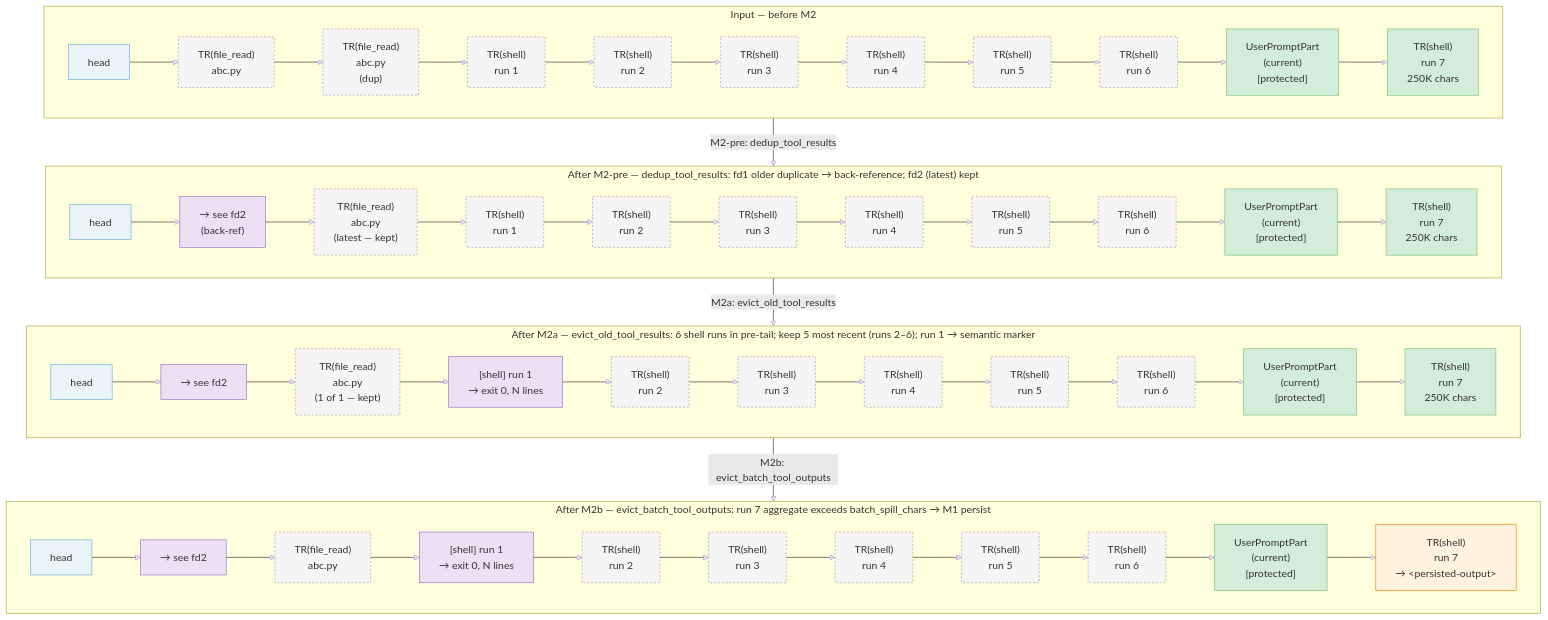
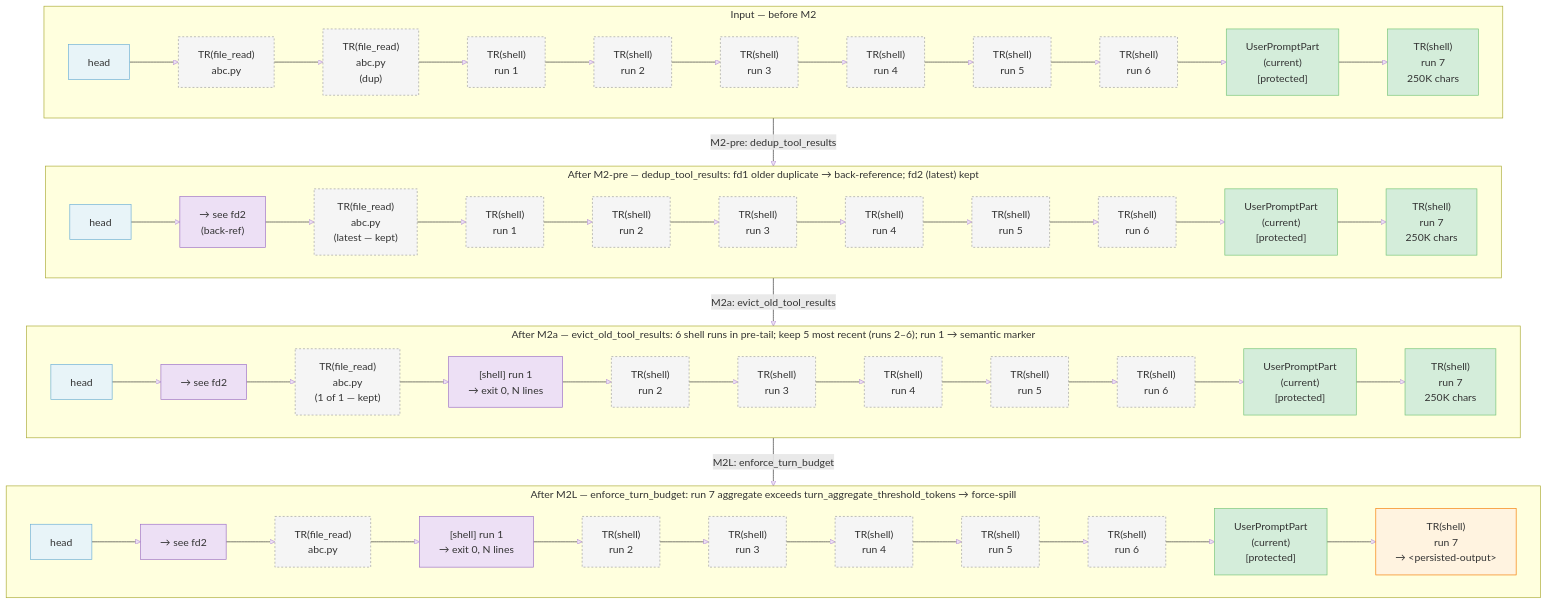
The fifth of 6 diagrams in docs/specs/compaction.md (binlecode/co-cli), drawn with Mermaid before and after one commit. The commit also changed other lines of this file and 30 other files, not shown here.

First line of the commit message:
feat(tool-budget): L0 cap + L2 aggregate spill + L1 refit + OTEL, v0.8.126

````diff
--- a/docs/specs/compaction.md
+++ b/docs/specs/compaction.md
@@ -246,42 +246,42 @@
 ```mermaid
 flowchart TD
     subgraph Raw["Input — before M2"]
         direction LR
         r_h["head"]:::head --> r_fd1["TR(file_read)\nabc.py"]:::prior --> r_fd2["TR(file_read)\nabc.py\n(dup)"]:::prior --> r_s1["TR(shell)\nrun 1"]:::prior --> r_s2["TR(shell)\nrun 2"]:::prior --> r_s3["TR(shell)\nrun 3"]:::prior --> r_s4["TR(shell)\nrun 4"]:::prior --> r_s5["TR(shell)\nrun 5"]:::prior --> r_s6["TR(shell)\nrun 6"]:::prior --> r_sep["UserPromptPart\n(current)\n[protected]"]:::tail --> r_s7["TR(shell)\nrun 7\n250K chars"]:::tail
     end
 
     subgraph AfterDedup["After M2-pre — dedup_tool_results: fd1 older duplicate → back-reference; fd2 (latest) kept"]
         direction LR
         d_h["head"]:::head --> d_fd1["→ see fd2\n(back-ref)"]:::marker --> d_fd2["TR(file_read)\nabc.py\n(latest — kept)"]:::prior --> d_s1["TR(shell)\nrun 1"]:::prior --> d_s2["TR(shell)\nrun 2"]:::prior --> d_s3["TR(shell)\nrun 3"]:::prior --> d_s4["TR(shell)\nrun 4"]:::prior --> d_s5["TR(shell)\nrun 5"]:::prior --> d_s6["TR(shell)\nrun 6"]:::prior --> d_sep["UserPromptPart\n(current)\n[protected]"]:::tail --> d_s7["TR(shell)\nrun 7\n250K chars"]:::tail
     end
 
     subgraph AfterTrunc["After M2a — evict_old_tool_results: 6 shell runs in pre-tail; keep 5 most recent (runs 2–6); run 1 → semantic marker"]
         direction LR
         t_h["head"]:::head --> t_fd1["→ see fd2"]:::marker --> t_fd2["TR(file_read)\nabc.py\n(1 of 1 — kept)"]:::prior --> t_s1["[shell] run 1\n→ exit 0, N lines"]:::marker --> t_s2["TR(shell)\nrun 2"]:::prior --> t_s3["TR(shell)\nrun 3"]:::prior --> t_s4["TR(shell)\nrun 4"]:::prior --> t_s5["TR(shell)\nrun 5"]:::prior --> t_s6["TR(shell)\nrun 6"]:::prior --> t_sep["UserPromptPart\n(current)\n[protected]"]:::tail --> t_s7["TR(shell)\nrun 7\n250K chars"]:::tail
     end
 
-    subgraph AfterBatch["After M2b — evict_batch_tool_outputs: run 7 aggregate exceeds batch_spill_chars → M1 persist"]
+    subgraph AfterBatch["After M2L — enforce_turn_budget: run 7 aggregate exceeds turn_aggregate_threshold_tokens → force-spill"]
         direction LR
         b_h["head"]:::head --> b_fd1["→ see fd2"]:::marker --> b_fd2["TR(file_read)\nabc.py"]:::prior --> b_s1["[shell] run 1\n→ exit 0, N lines"]:::marker --> b_s2["TR(shell)\nrun 2"]:::prior --> b_s3["TR(shell)\nrun 3"]:::prior --> b_s4["TR(shell)\nrun 4"]:::prior --> b_s5["TR(shell)\nrun 5"]:::prior --> b_s6["TR(shell)\nrun 6"]:::prior --> b_sep["UserPromptPart\n(current)\n[protected]"]:::tail --> b_s7["TR(shell)\nrun 7\n→ &lt;persisted-output&gt;"]:::syspr
     end
 
     Raw -->|"M2-pre: dedup_tool_results"| AfterDedup
     AfterDedup -->|"M2a: evict_old_tool_results"| AfterTrunc
-    AfterTrunc -->|"M2b: evict_batch_tool_outputs"| AfterBatch
+    AfterTrunc -->|"M2L: enforce_turn_budget"| AfterBatch
 
     classDef syspr fill:#fff3e0,stroke:#f57c00
     classDef head fill:#e8f4f8,stroke:#6baed6
     classDef prior fill:#f5f5f5,stroke:#9e9e9e,stroke-dasharray:3 3
     classDef marker fill:#ede0f5,stroke:#9c6fc7
     classDef meta fill:#f0f0f0,stroke:#aaa
     classDef tail fill:#d4edda,stroke:#74c476
 
     class r_h,d_h,t_h,b_h head
     class r_fd1,r_fd2,r_s1,r_s2,r_s3,r_s4,r_s5,r_s6 prior
     class r_sep,r_s7,d_sep,d_s7,t_sep,t_s7,b_sep tail
     class d_fd1,t_fd1,b_fd1,t_s1,b_s1 marker
     class d_fd2,d_s1,d_s2,d_s3,d_s4,d_s5,d_s6 prior
     class t_fd2,t_s2,t_s3,t_s4,t_s5,t_s6 prior
     class b_fd2,b_s2,b_s3,b_s4,b_s5,b_s6 prior
     class b_s7 syspr
 ```
````
